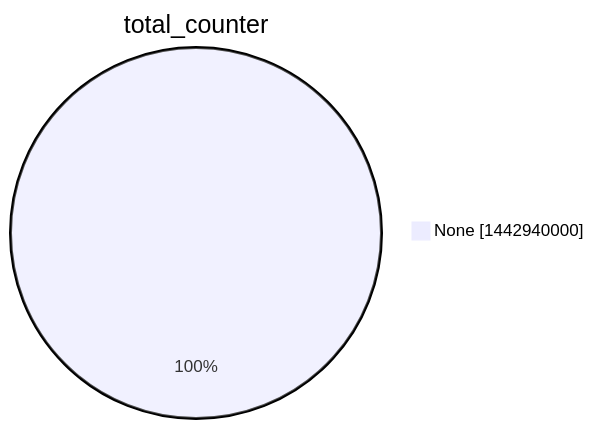
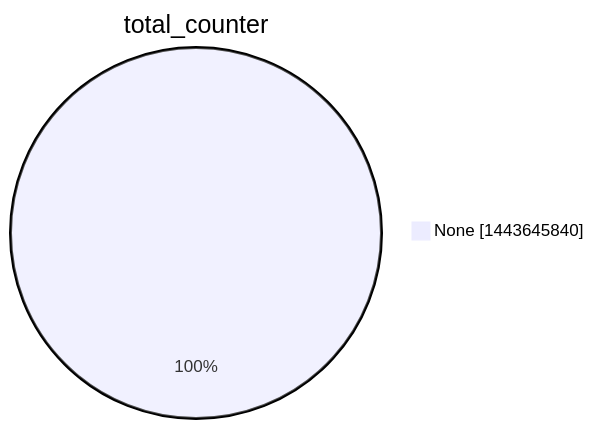
The second of 15 diagrams in argon2022/README.md (christiankrug/ctmonitor_visualization), drawn with Mermaid before and after one commit. The commit also changed other lines of this file, not shown here.

````diff
--- a/argon2022/README.md
+++ b/argon2022/README.md
@@ -9,5 +9,5 @@
 ```mermaid
 pie showData
 title total_counter
-"None" :1442940000
+"None" :1443645840
 ```
````
